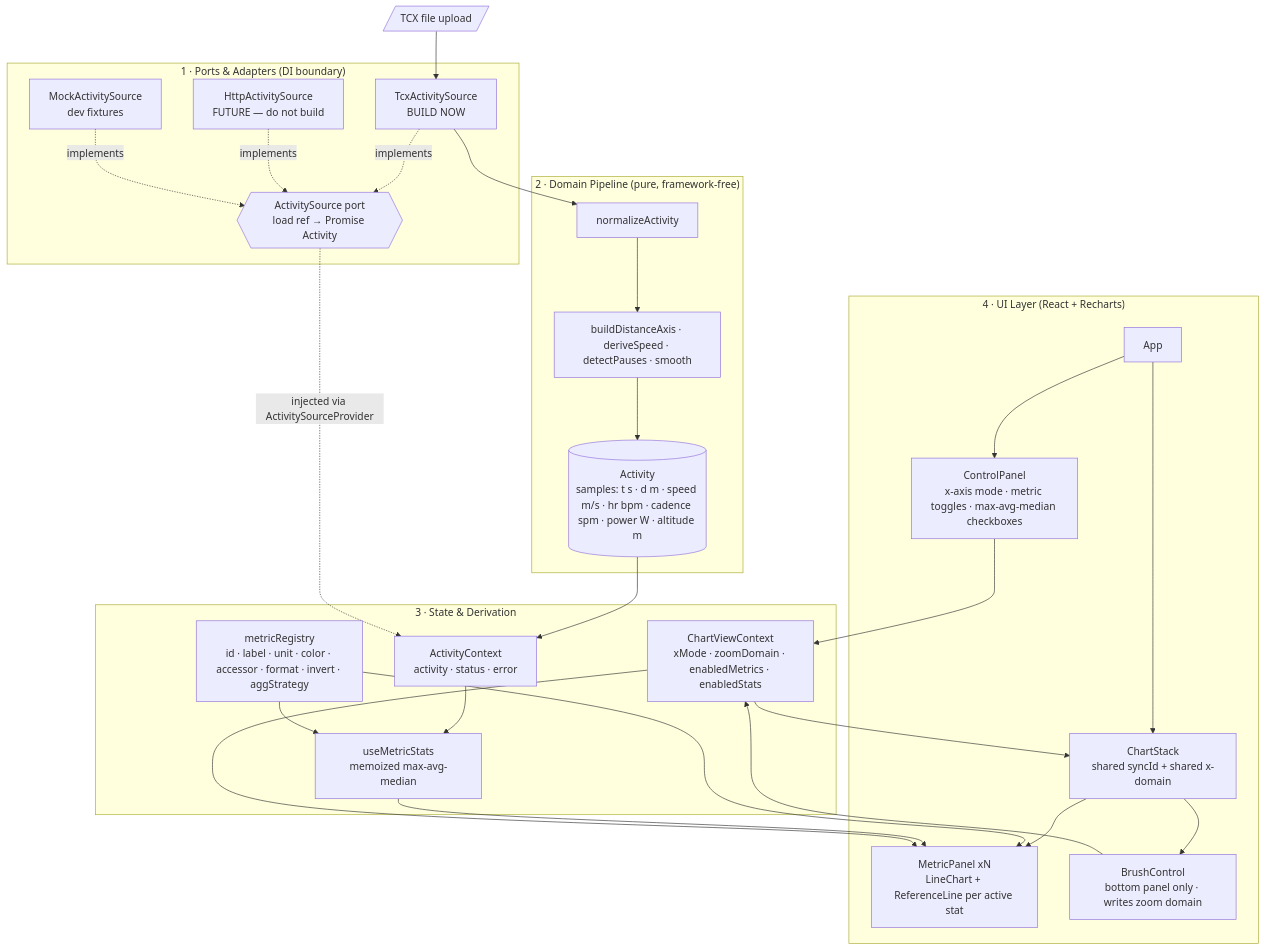
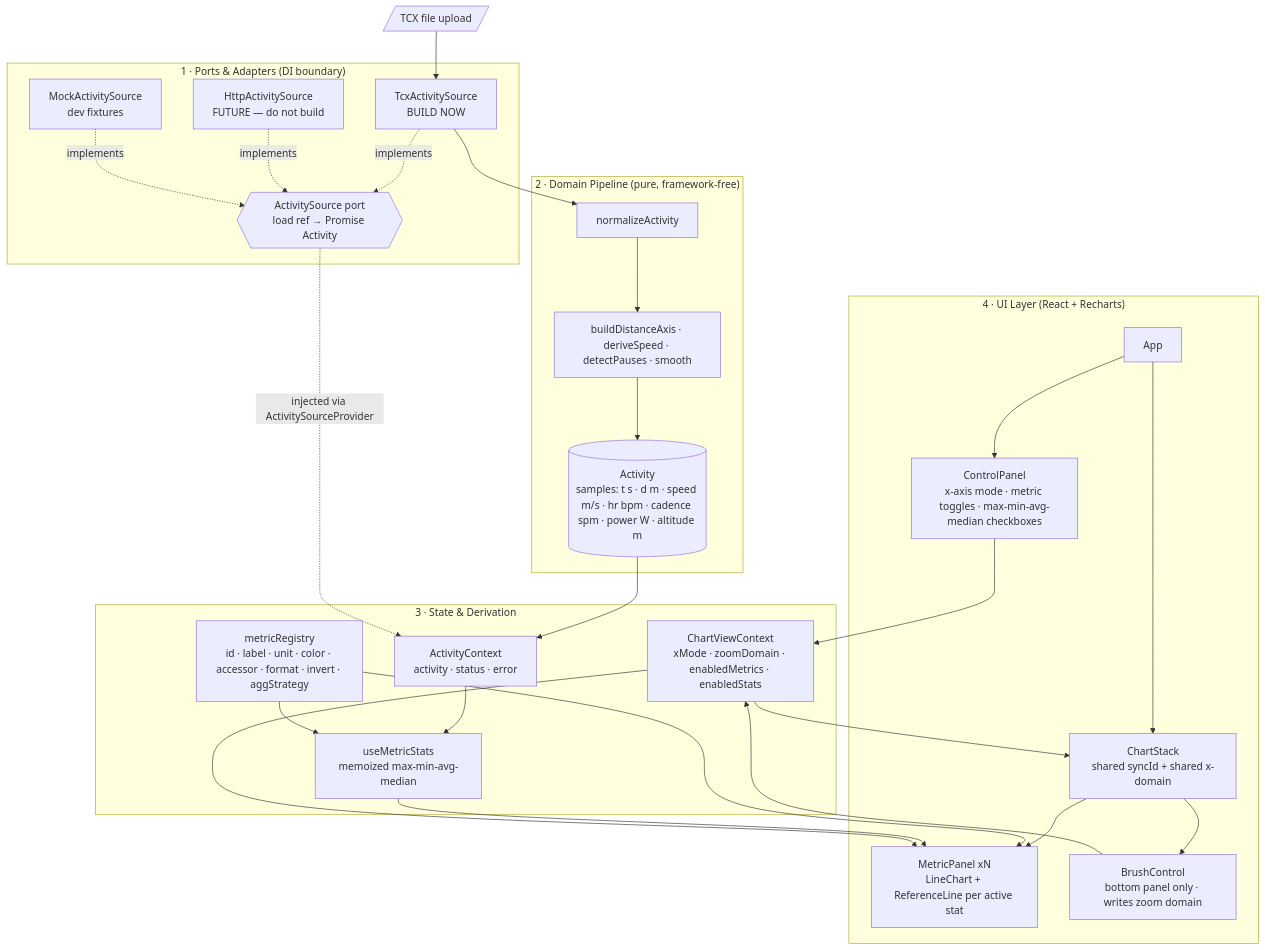
Before and after one commit to Mcklmo/timeseries-visualizer: the diagram in doc/ARCHITECTURE.md, drawn with Mermaid. The commit also changed other lines of this file and 8 other files, not shown here.

````diff
--- a/doc/ARCHITECTURE.md
+++ b/doc/ARCHITECTURE.md
@@ -68,51 +69,51 @@
 ```mermaid
 flowchart TB
   subgraph UI["4 · UI Layer (React + Recharts)"]
     App[App]
-    Ctl[ControlPanel<br/>x-axis mode · metric toggles · max-avg-median checkboxes]
+    Ctl[ControlPanel<br/>x-axis mode · metric toggles · max-min-avg-median checkboxes]
     Stack[ChartStack<br/>shared syncId + shared x-domain]
     Panel["MetricPanel xN<br/>LineChart + ReferenceLine per active stat"]
     Brush[BrushControl<br/>bottom panel only · writes zoom domain]
     App --> Ctl
     App --> Stack
     Stack --> Panel
     Stack --> Brush
   end
 
   subgraph STATE["3 · State & Derivation"]
     AC[ActivityContext<br/>activity · status · error]
     VC[ChartViewContext<br/>xMode · zoomDomain · enabledMetrics · enabledStats]
     REG[metricRegistry<br/>id · label · unit · color · accessor · format · invert · aggStrategy]
-    STATS[useMetricStats<br/>memoized max-avg-median]
+    STATS[useMetricStats<br/>memoized max-min-avg-median]
   end
 
   subgraph DOMAIN["2 · Domain Pipeline (pure, framework-free)"]
     NORM[normalizeActivity]
     DERIVE[buildDistanceAxis · deriveSpeed · detectPauses · smooth]
     MODEL[(Activity<br/>samples: t s · d m · speed m/s · hr bpm · cadence spm · power W · altitude m)]
     NORM --> DERIVE --> MODEL
   end
 
   subgraph DATA["1 · Ports & Adapters (DI boundary)"]
     PORT{{"ActivitySource port<br/>load ref → Promise Activity"}}
     TCX[TcxActivitySource<br/>BUILD NOW]
     API[HttpActivitySource<br/>FUTURE — do not build]
     MOCK[MockActivitySource<br/>dev fixtures]
     TCX -.implements.-> PORT
     API -.implements.-> PORT
     MOCK -.implements.-> PORT
   end
 
   FILE[/TCX file upload/] --> TCX
   TCX --> NORM
   MODEL --> AC
   AC --> STATS
   REG --> STATS
   REG --> Panel
   STATS --> Panel
   VC --> Panel
   VC --> Stack
   Ctl --> VC
   Brush --> VC
   PORT -.injected via ActivitySourceProvider.-> AC
 ```
````
